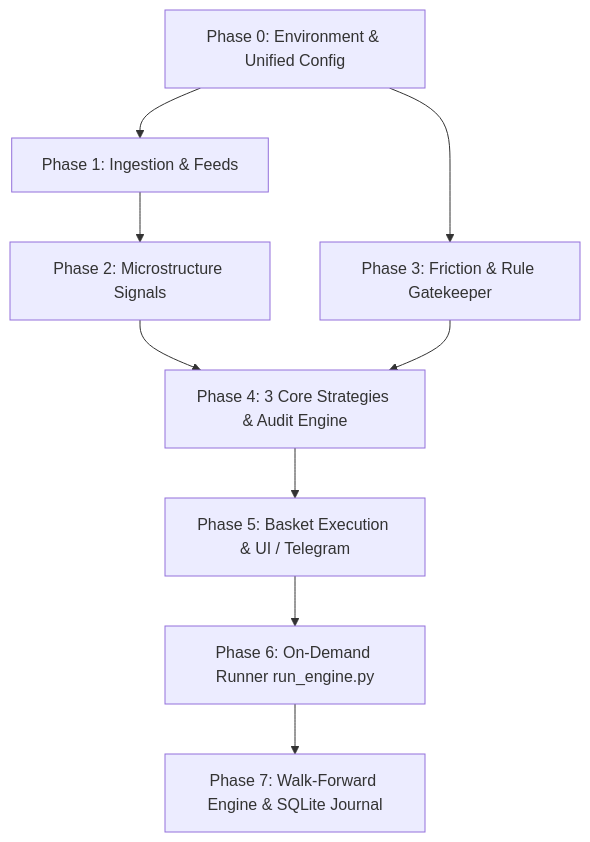
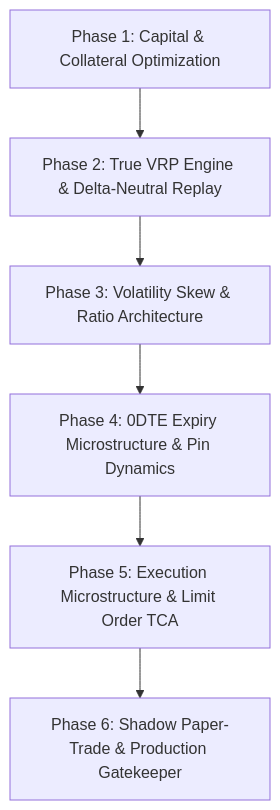
The diagram in actionplan.md (vijayanajay/dhanopt), drawn with Mermaid before and after one commit. The commit also changed other lines of this file and 7 other files, not shown here.

First line of the commit message:
Add E016 VRP iron-fly test: wings killed; actionplan updated through Phase 5

````diff
--- a/actionplan.md
+++ b/actionplan.md
@@ -25,10 +51,8 @@
 ```mermaid
 flowchart TD
-    P0[Phase 0: Environment & Unified Config] --> P1[Phase 1: Ingestion & Feeds]
-    P1 --> P2[Phase 2: Microstructure Signals]
-    P0 --> P3[Phase 3: Friction & Rule Gatekeeper]
-    P2 & P3 --> P4[Phase 4: 3 Core Strategies & Audit Engine]
-    P4 --> P5[Phase 5: Basket Execution & UI / Telegram]
-    P5 --> P6[Phase 6: On-Demand Runner run_engine.py]
-    P6 --> P7[Phase 7: Walk-Forward Engine & SQLite Journal]
+    P1[Phase 1: Capital & Collateral Optimization] --> P2[Phase 2: True VRP Engine & Delta-Neutral Replay]
+    P2 --> P3[Phase 3: Volatility Skew & Ratio Architecture]
+    P3 --> P4[Phase 4: 0DTE Expiry Microstructure & Pin Dynamics]
+    P4 --> P5[Phase 5: Execution Microstructure & Limit Order TCA]
+    P5 --> P6[Phase 6: Shadow Paper-Trade & Production Gatekeeper]
 ```
````
